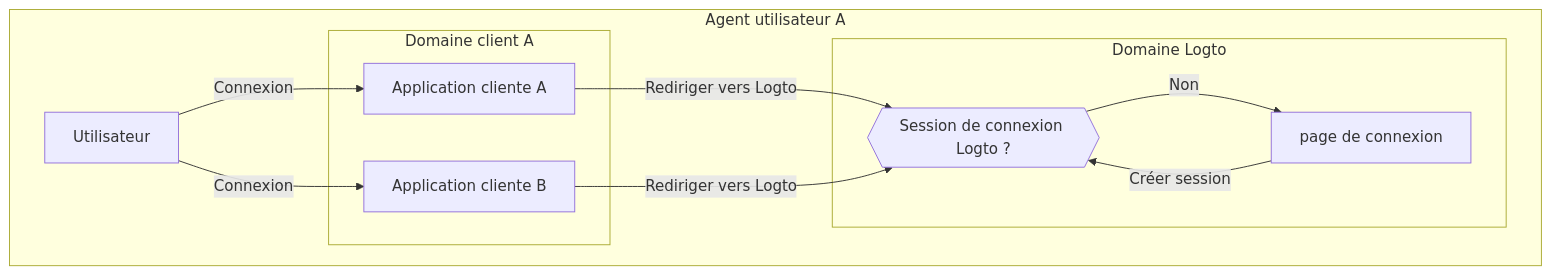
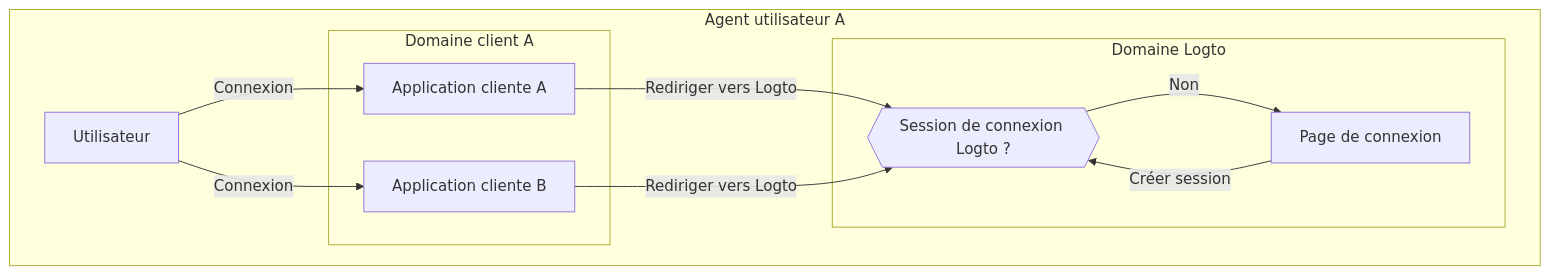
The second of 3 diagrams in i18n/fr/docusaurus-plugin-content-docs/current/end-user-flows/sign-out.mdx (logto-io/docs), drawn with Mermaid before and after one commit. The commit also changed other lines of this file and 67 other files, not shown here.

````diff
--- a/i18n/fr/docusaurus-plugin-content-docs/current/end-user-flows/sign-out.mdx
+++ b/i18n/fr/docusaurus-plugin-content-docs/current/end-user-flows/sign-out.mdx
@@ -59,26 +59,26 @@
    ```mermaid
     flowchart TD
     subgraph Utilisateur [Agent utilisateur A]
       U[Utilisateur]
 
       subgraph Layer1 [Domaine client A]
         A[Application cliente A]
       end
 
       subgraph Layer1 [Domaine client B]
         B[Application cliente B]
       end
 
       subgraph Layer2 [Domaine Logto]
           C{{Session de connexion Logto ?}}
-          D[page de connexion]
+          D[Page de connexion]
       end
     end
 
     U --> |Connexion| A
     A --> |Rediriger vers Logto| C
     U --> |Connexion| B
     B --> |Rediriger vers Logto| C
     C --> |Non| D
     D --> |Créer session| C
    ```
````
